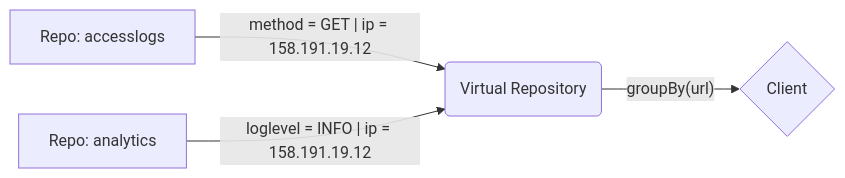
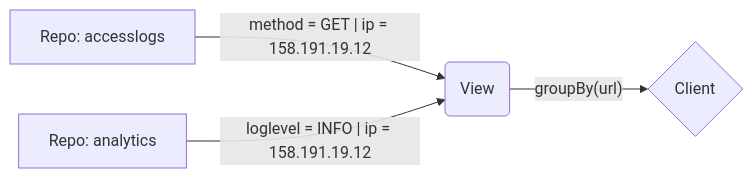
One commit to somedatapacket/docs.humio.com changed the second of 2 diagrams in content/getting_started/views.md. Above: the diagram before and after it, drawn with Mermaid. The commit also changed other lines of this file and 4 other files, not shown here.

```diff
--- a/content/getting_started/views.md
+++ b/content/getting_started/views.md
@@ -83,6 +83,6 @@
 {{<mermaid align="center">}}
 graph LR;
-    A[Repo: accesslogs] -->|"method = GET | ip = 158.191.19.12"| B("Virtual Repository")
+    A[Repo: accesslogs] -->|"method = GET | ip = 158.191.19.12"| B("View")
     C[Repo: analytics] -->|"loglevel = INFO | ip = 158.191.19.12"| B
     B -->|"groupBy(url)"| D{Client}
 {{< /mermaid >}}
```
